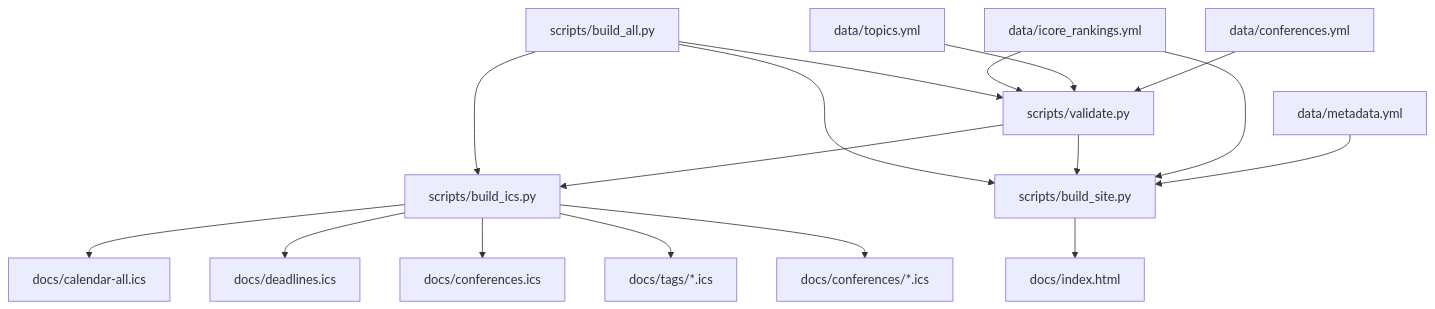
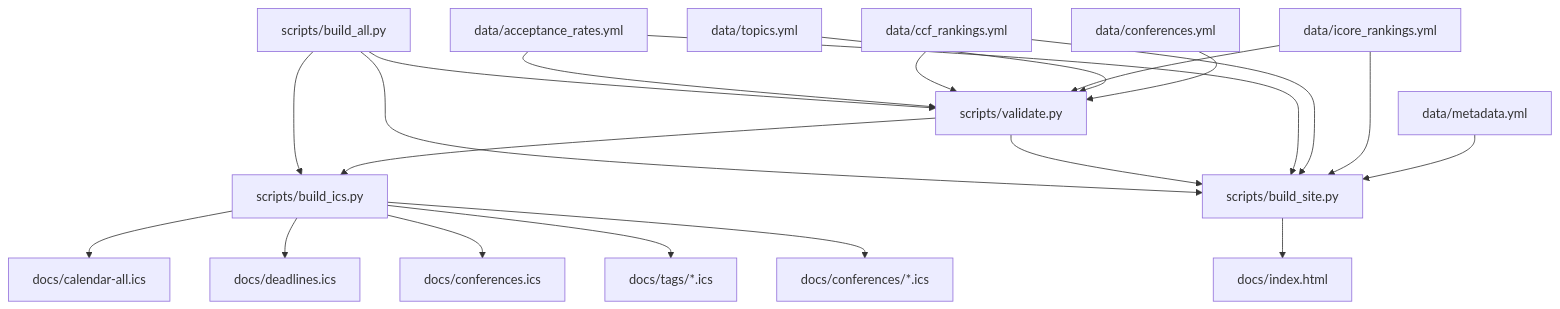
One commit to gon-uri/scientific-conference-calendar changed the diagram in project_docs/architecture.md. Above: the diagram before and after it, drawn with Mermaid. The commit also changed other lines of this file and 102 other files, not shown here.

````diff
--- a/project_docs/architecture.md
+++ b/project_docs/architecture.md
@@ -7,19 +7,23 @@
 ```mermaid
 flowchart TD
   A["data/conferences.yml"] --> V["scripts/validate.py"]
   B["data/topics.yml"] --> V
   C["data/metadata.yml"] --> S["scripts/build_site.py"]
   R["data/icore_rankings.yml"] --> V
   R --> S
+  CR["data/ccf_rankings.yml"] --> V
+  CR --> S
+  AR["data/acceptance_rates.yml"] --> V
+  AR --> S
   V --> I["scripts/build_ics.py"]
   V --> S
   I --> D1["docs/calendar-all.ics"]
   I --> D2["docs/deadlines.ics"]
   I --> D3["docs/conferences.ics"]
   I --> D4["docs/tags/*.ics"]
   I --> D5["docs/conferences/*.ics"]
   S --> H["docs/index.html"]
   BA["scripts/build_all.py"] --> V
   BA --> I
   BA --> S
 ```
````
